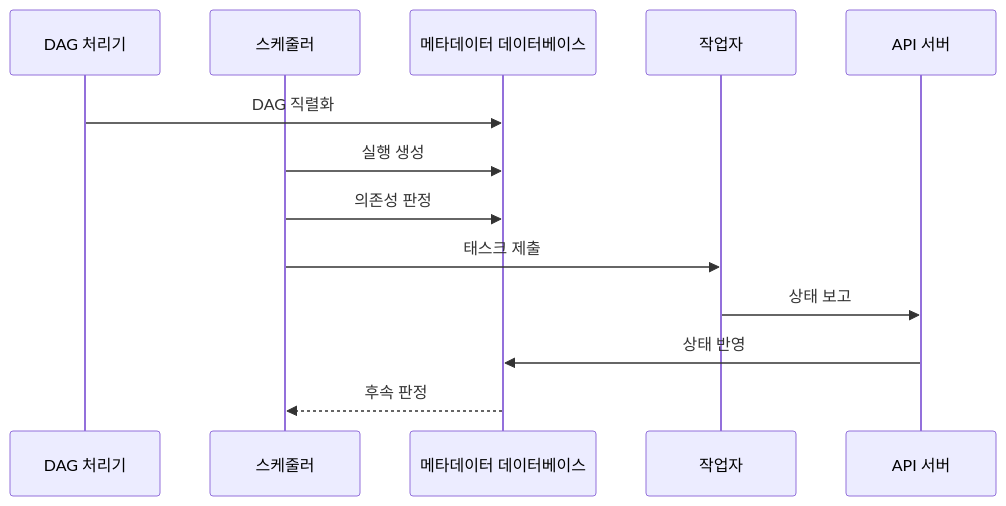
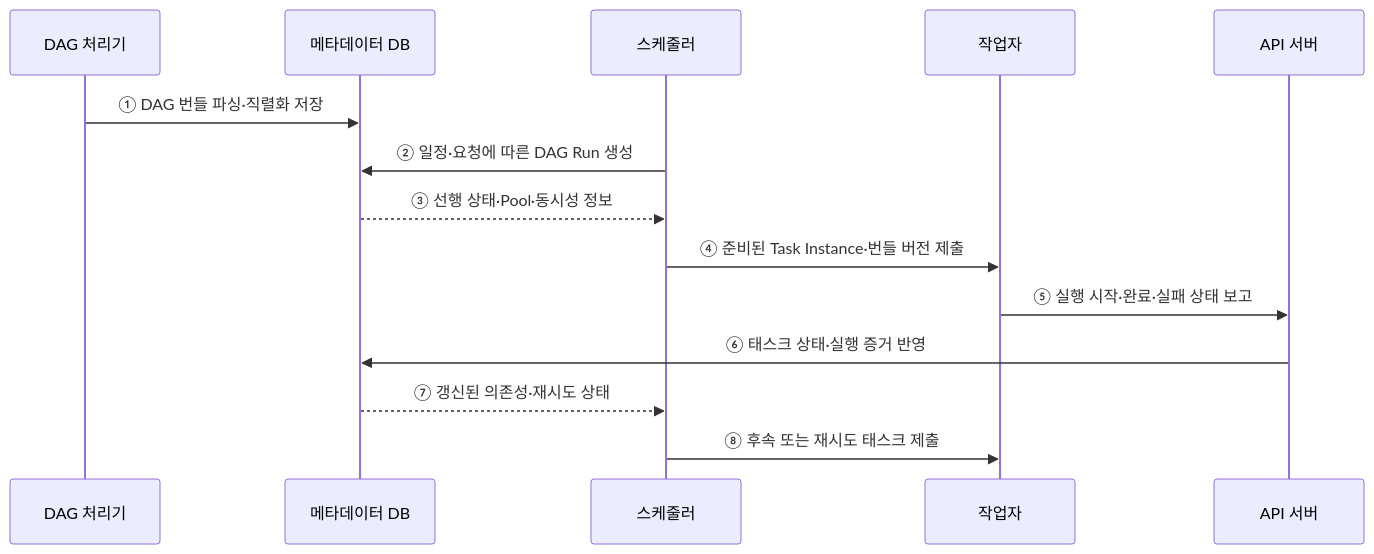
Before and after one commit to agnusdei1207/knowledge-base: the second of 2 diagrams in src/content/docs/notes/03-software/139_data_pipeline_orchestration.md, drawn with Mermaid. The commit also changed other lines of this file and 20 other files, not shown here.

````diff
--- a/src/content/docs/notes/03-software/139_data_pipeline_orchestration.md
+++ b/src/content/docs/notes/03-software/139_data_pipeline_orchestration.md
@@ -98,15 +90,16 @@
 ```mermaid
 sequenceDiagram
     participant P as DAG 처리기
+    participant M as 메타데이터 DB
     participant S as 스케줄러
-    participant M as 메타데이터 데이터베이스
     participant W as 작업자
     participant A as API 서버
-    P->>M: DAG 직렬화
-    S->>M: 실행 생성
-    S->>M: 의존성 판정
-    S->>W: 태스크 제출
-    W->>A: 상태 보고
-    A->>M: 상태 반영
-    M-->>S: 후속 판정
+    P->>M: ① DAG 번들 파싱·직렬화 저장
+    S->>M: ② 일정·요청에 따른 DAG Run 생성
+    M-->>S: ③ 선행 상태·Pool·동시성 정보
+    S->>W: ④ 준비된 Task Instance·번들 버전 제출
+    W->>A: ⑤ 실행 시작·완료·실패 상태 보고
+    A->>M: ⑥ 태스크 상태·실행 증거 반영
+    M-->>S: ⑦ 갱신된 의존성·재시도 상태
+    S->>W: ⑧ 후속 또는 재시도 태스크 제출
 ```
````
